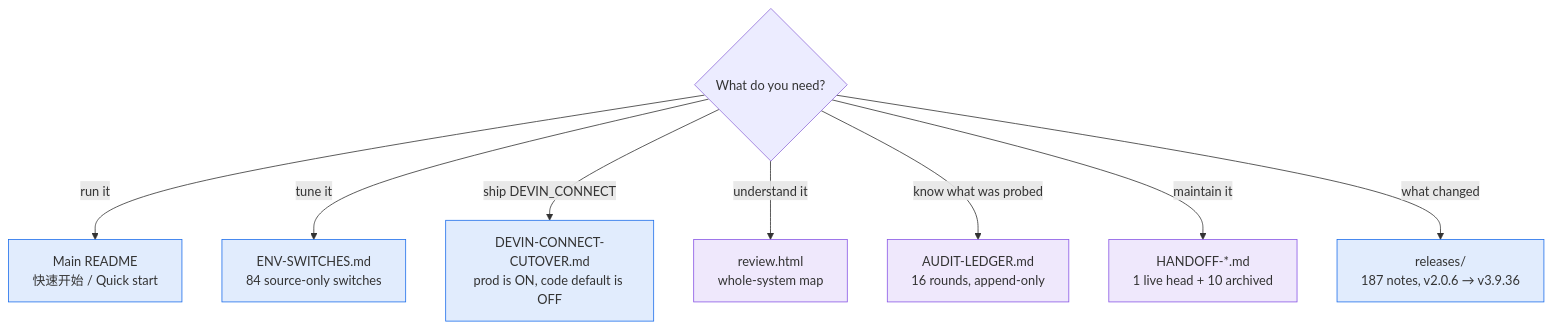
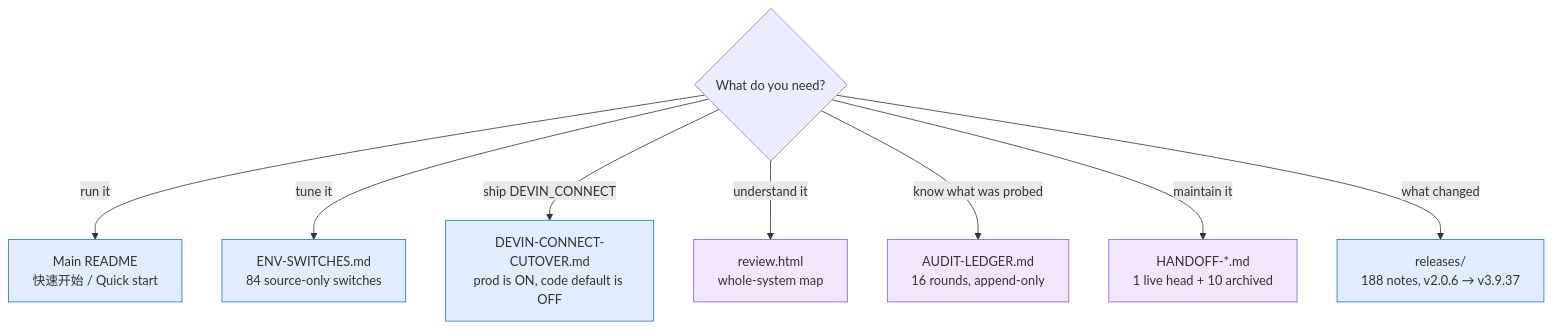
The diagram in docs/README.md (Link-Start/WindsurfAPI_dwgx), drawn with Mermaid before and after one commit. The commit also changed other lines of this file and 19 other files, not shown here.

````diff
--- a/docs/README.md
+++ b/docs/README.md
@@ -15,16 +15,16 @@
 ```mermaid
 flowchart TD
     Q{"What do you need?"}
     Q -->|"run it"| RUN["Main README<br/>快速开始 / Quick start"]
     Q -->|"tune it"| OPS["ENV-SWITCHES.md<br/>84 source-only switches"]
     Q -->|"ship DEVIN_CONNECT"| CUT["DEVIN-CONNECT-CUTOVER.md<br/>prod is ON, code default is OFF"]
     Q -->|"understand it"| ARCH["review.html<br/>whole-system map"]
     Q -->|"know what was probed"| LED["AUDIT-LEDGER.md<br/>16 rounds, append-only"]
     Q -->|"maintain it"| HO["HANDOFF-*.md<br/>1 live head + 10 archived"]
-    Q -->|"what changed"| REL["releases/<br/>187 notes, v2.0.6 → v3.9.36"]
+    Q -->|"what changed"| REL["releases/<br/>188 notes, v2.0.6 → v3.9.37"]
 
     classDef user fill:#1f6feb22,stroke:#1f6feb
     classDef maint fill:#8957e522,stroke:#8957e5
     class RUN,OPS,CUT,REL user
     class ARCH,LED,HO maint
 ```
````
